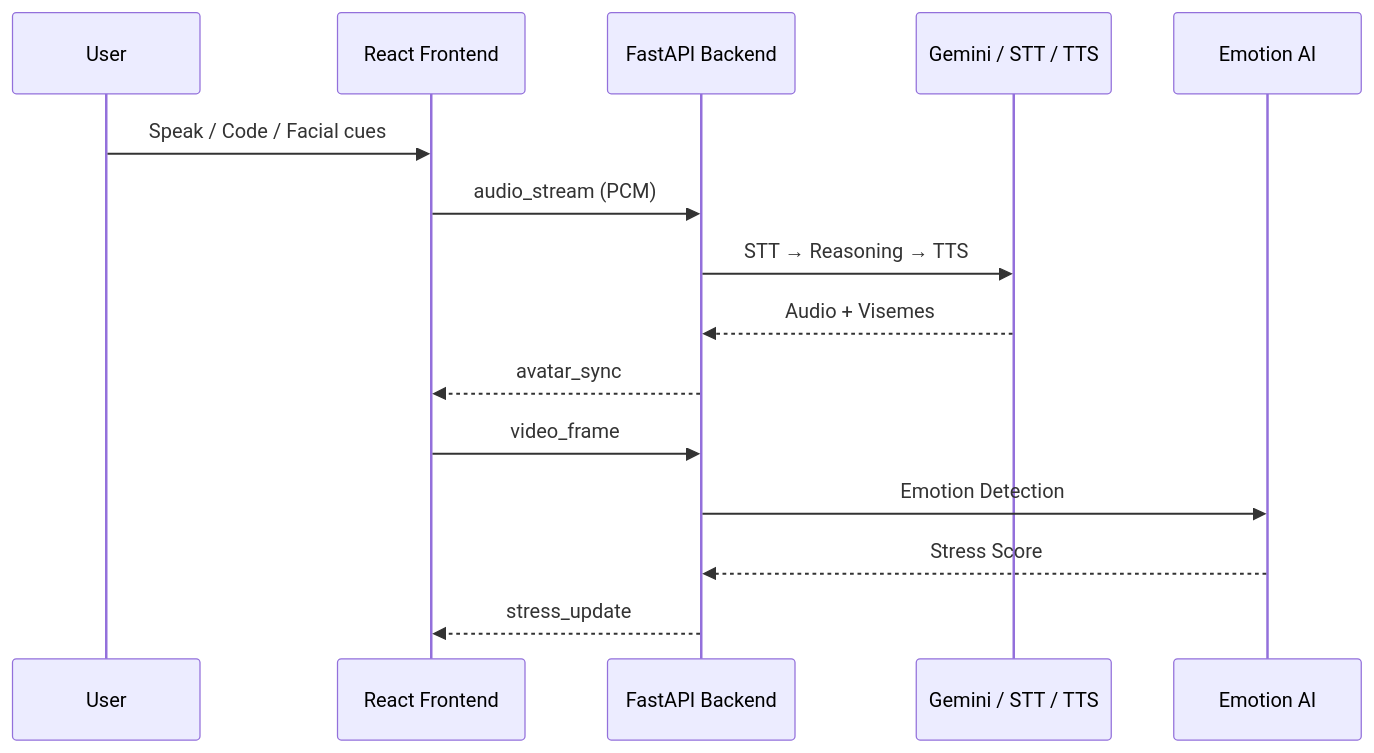
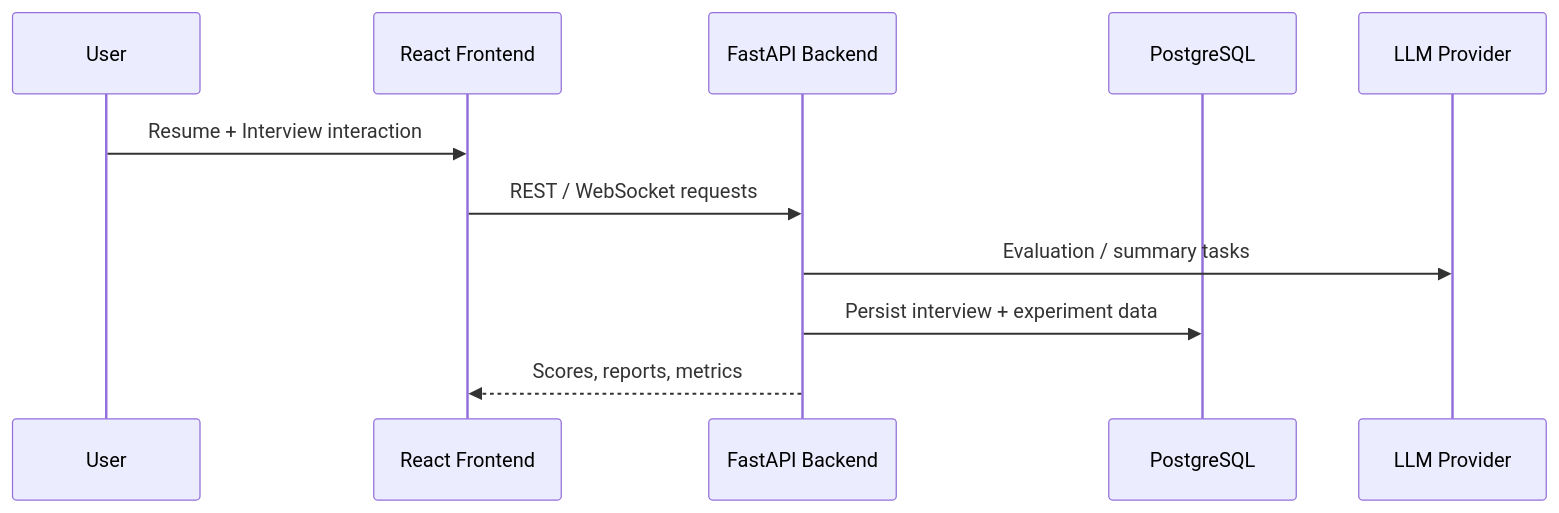
One commit to VisionExpo/intervux-ai changed the second of 2 diagrams in README.md. Above: the diagram before and after it, drawn with Mermaid. The commit also changed other lines of this file, not shown here.

````diff
--- a/README.md
+++ b/README.md
@@ -77,20 +73,14 @@
 ```mermaid
 sequenceDiagram
-    participant User
+    participant U as User
     participant FE as React Frontend
     participant BE as FastAPI Backend
-    participant AI as Gemini / STT / TTS
-    participant CV as Emotion AI
+    participant DB as PostgreSQL
+    participant LLM as LLM Provider
 
-    User->>FE: Speak / Code / Facial cues
-    FE->>BE: audio_stream (PCM)
-    BE->>AI: STT → Reasoning → TTS
-    AI-->>BE: Audio + Visemes
-    BE-->>FE: avatar_sync
-
-    FE->>BE: video_frame
-    BE->>CV: Emotion Detection
-    CV-->>BE: Stress Score
-    BE-->>FE: stress_update
-
+    U->>FE: Resume + Interview interaction
+    FE->>BE: REST / WebSocket requests
+    BE->>LLM: Evaluation / summary tasks
+    BE->>DB: Persist interview + experiment data
+    BE-->>FE: Scores, reports, metrics
 ```
````
